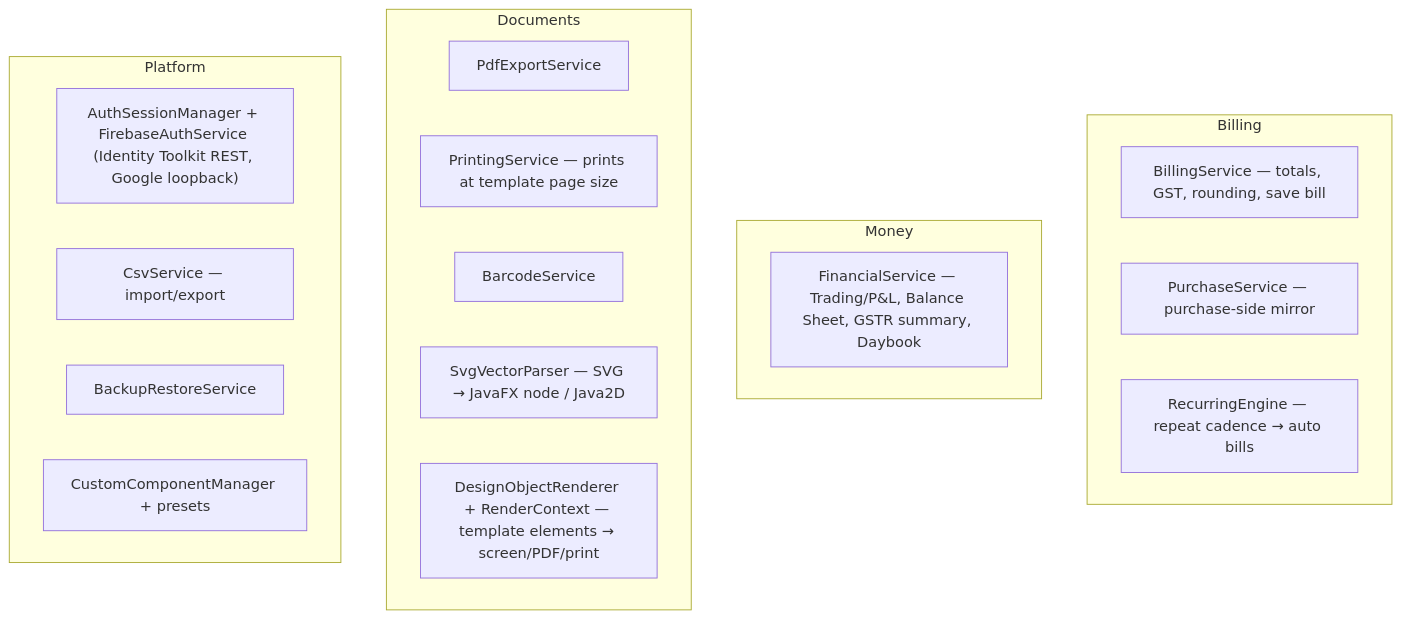
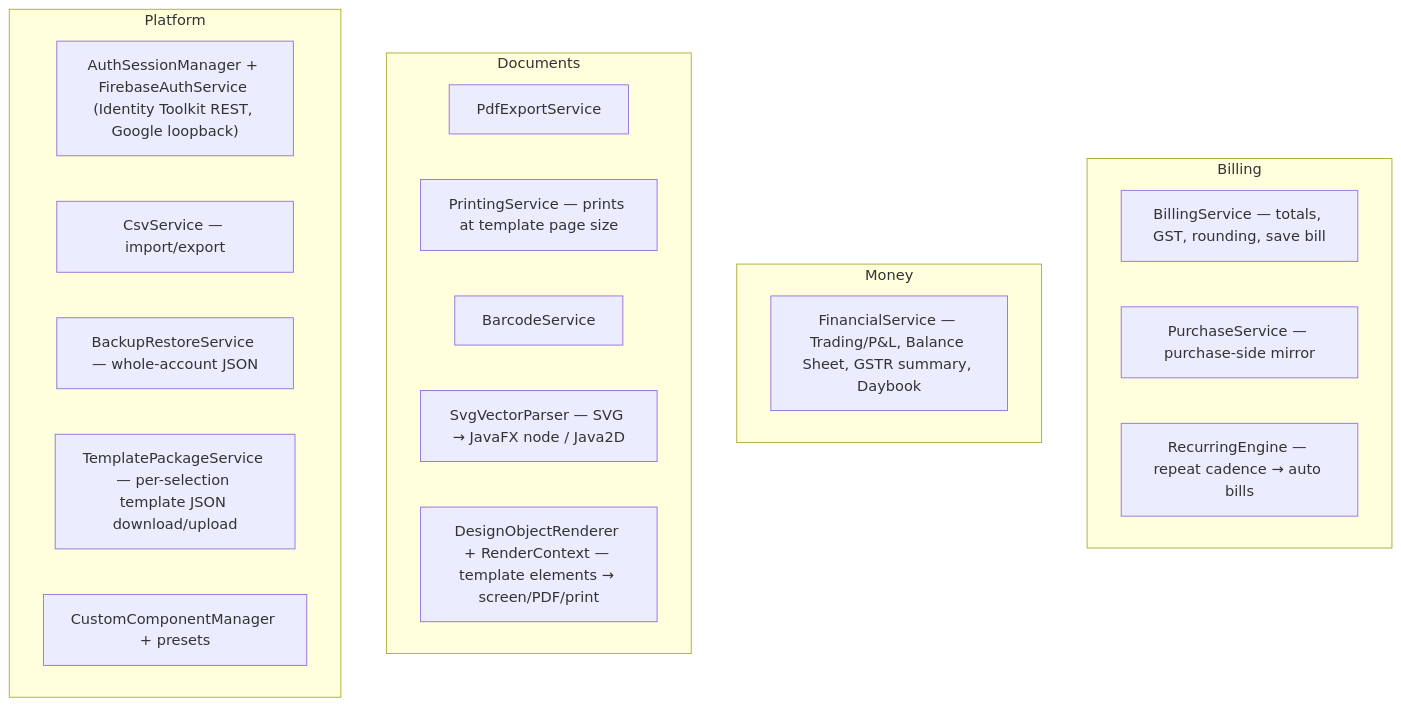
Before and after one commit to LaxmanSIW/share: the diagram in docs/vault/03 Service Layer.md, drawn with Mermaid. The commit also changed other lines of this file and 11 other files, not shown here.

````diff
--- a/docs/vault/03 Service Layer.md
+++ b/docs/vault/03 Service Layer.md
@@ -12,24 +12,25 @@
 ```mermaid
 flowchart TB
   subgraph Billing
     BS["BillingService — totals, GST, rounding, save bill"]
     PS["PurchaseService — purchase-side mirror"]
     RE["RecurringEngine — repeat cadence → auto bills"]
   end
   subgraph Money
     FS["FinancialService — Trading/P&L, Balance Sheet, GSTR summary, Daybook"]
   end
   subgraph Documents
     PE["PdfExportService"]
     PR["PrintingService — prints at template page size"]
     BC["BarcodeService"]
     SVP["SvgVectorParser — SVG → JavaFX node / Java2D"]
     DOR["DesignObjectRenderer + RenderContext — template elements → screen/PDF/print"]
   end
   subgraph Platform
     AUTH["AuthSessionManager + FirebaseAuthService (Identity Toolkit REST, Google loopback)"]
     CSV["CsvService — import/export"]
-    BR["BackupRestoreService"]
+    BR["BackupRestoreService — whole-account JSON"]
+    TPS["TemplatePackageService — per-selection template JSON download/upload"]
     CCM["CustomComponentManager + presets"]
   end
 ```
````
